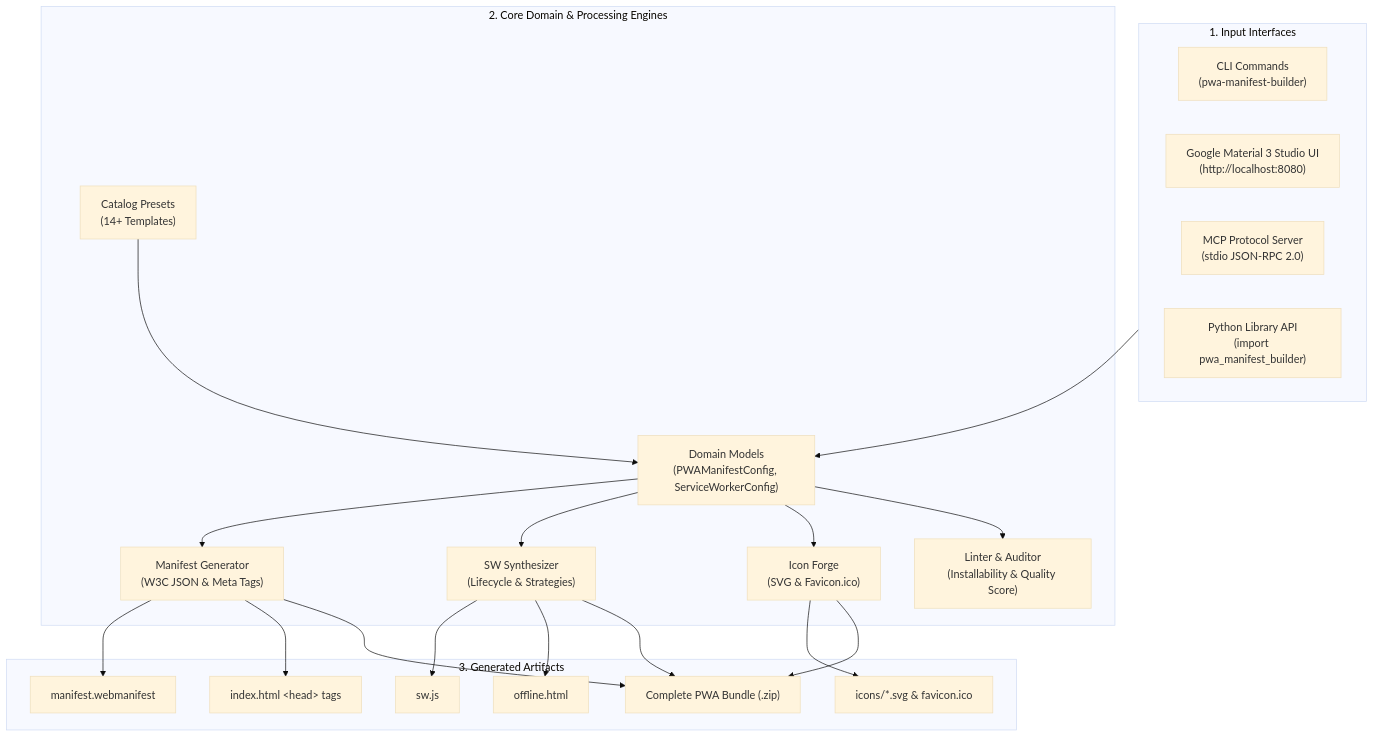
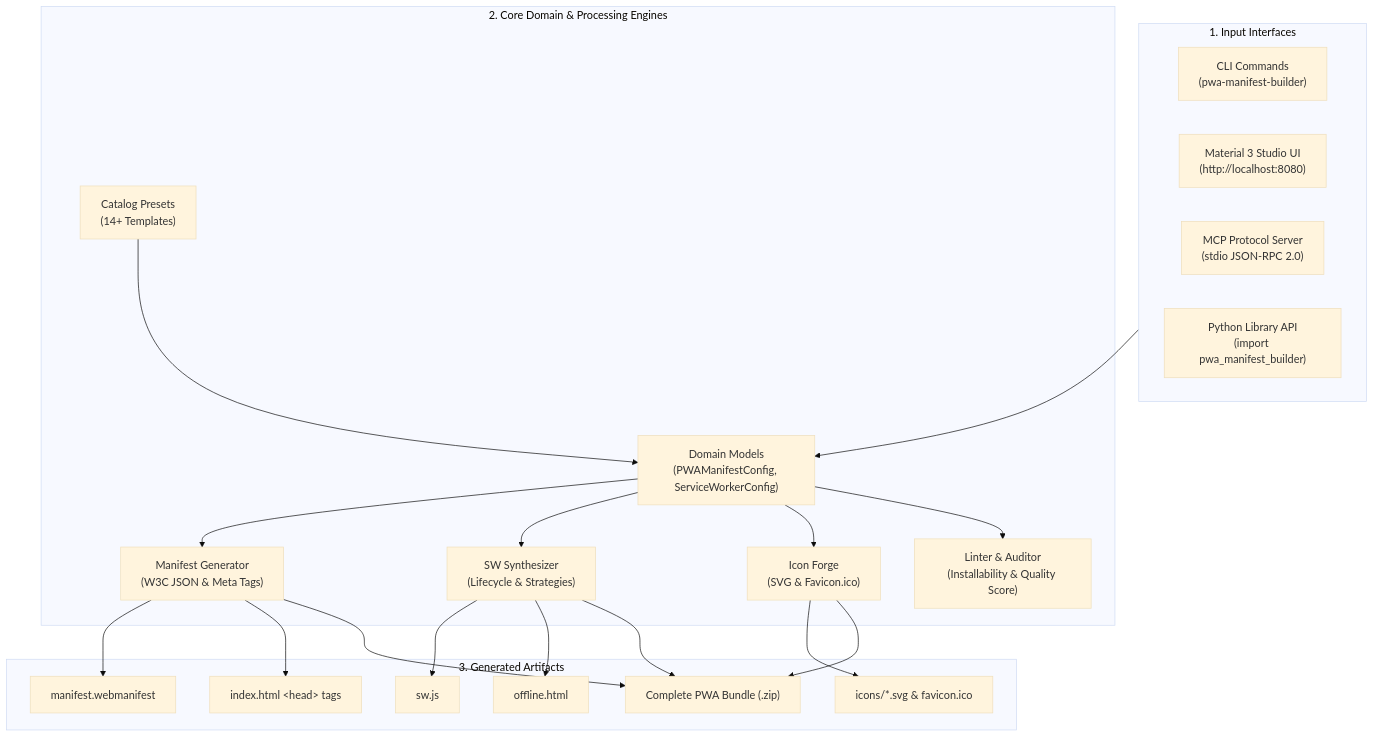
The diagram in README.md (NullAITech/pwa-manifest-builder), drawn with Mermaid (base theme) before and after one commit. The commit also changed other lines of this file and 3 other files, not shown here.

Commit message:
refactor(branding): rebrand to PWA Manifest Studio with Material 3 design attribution

````diff
--- a/README.md
+++ b/README.md
@@ -23,41 +23,41 @@
 ```mermaid
 flowchart TD
     subgraph Inputs["1. Input Interfaces"]
         CLI["CLI Commands<br/>(pwa-manifest-builder)"]
-        UI["Google Material 3 Studio UI<br/>(http://localhost:8080)"]
+        UI["Material 3 Studio UI<br/>(http://localhost:8080)"]
         MCP["MCP Protocol Server<br/>(stdio JSON-RPC 2.0)"]
         PY["Python Library API<br/>(import pwa_manifest_builder)"]
     end
 
     subgraph Core["2. Core Domain & Processing Engines"]
         Models["Domain Models<br/>(PWAManifestConfig, ServiceWorkerConfig)"]
         Catalog["Catalog Presets<br/>(14+ Templates)"]
         GenManifest["Manifest Generator<br/>(W3C JSON & Meta Tags)"]
         GenSW["SW Synthesizer<br/>(Lifecycle & Strategies)"]
         Forge["Icon Forge<br/>(SVG & Favicon.ico)"]
         Linter["Linter & Auditor<br/>(Installability & Quality Score)"]
     end
 
     subgraph Outputs["3. Generated Artifacts"]
         OutManifest["manifest.webmanifest"]
         OutSW["sw.js"]
         OutMeta["index.html &lt;head&gt; tags"]
         OutOffline["offline.html"]
         OutIcons["icons/*.svg & favicon.ico"]
         OutZip["Complete PWA Bundle (.zip)"]
     end
 
     Inputs --> Models
     Models --> GenManifest
     Models --> GenSW
     Models --> Forge
     Models --> Linter
     Catalog --> Models
 
     GenManifest --> OutManifest
     GenManifest --> OutMeta
     GenSW --> OutSW
     GenSW --> OutOffline
     Forge --> OutIcons
     GenManifest & GenSW & Forge --> OutZip
 ```
````
